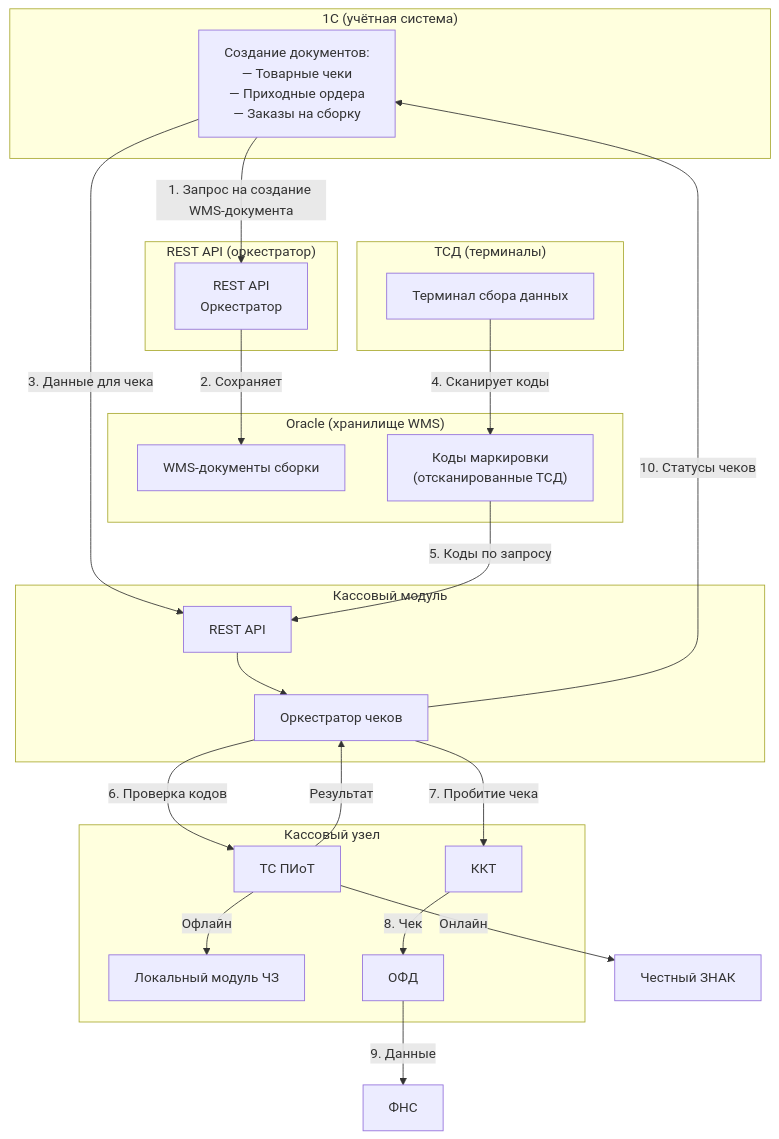
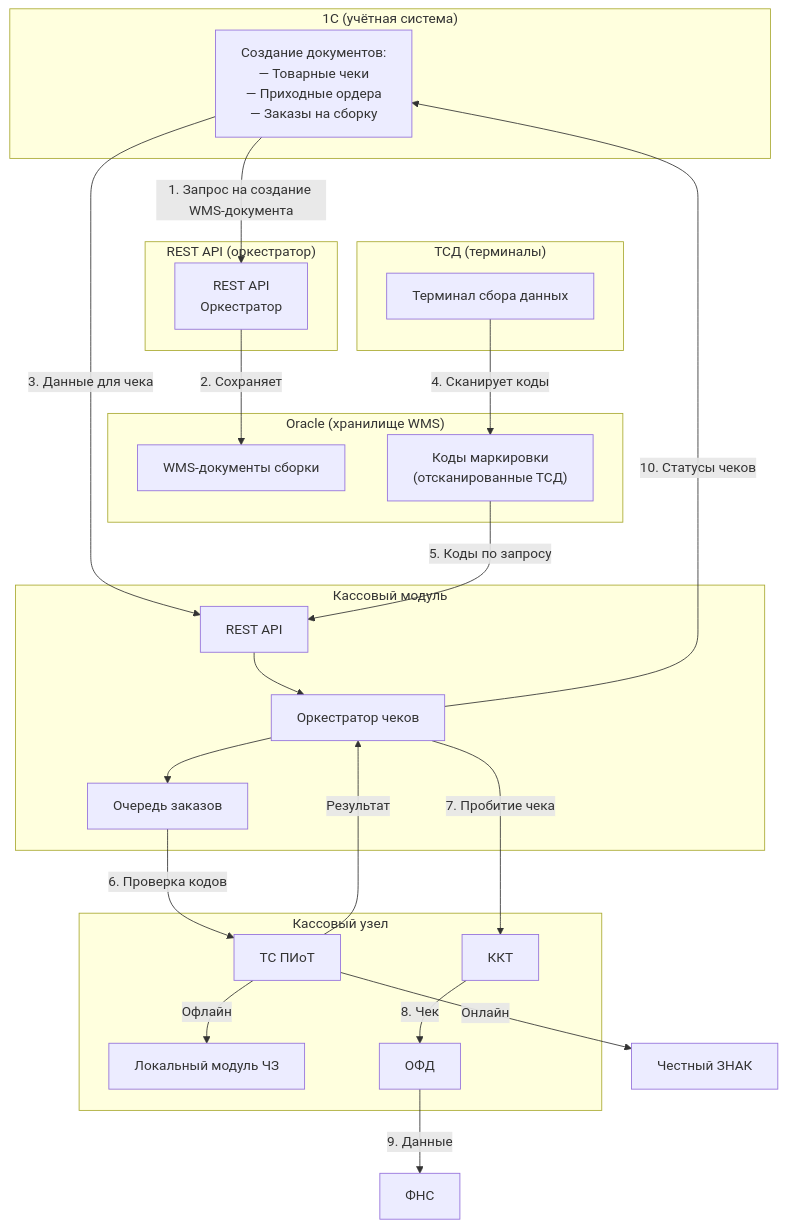
One commit to polushindn-art/oralce-api changed the first of 3 diagrams in src/main/resources/markdown/ТехЗадание/Кассовый_модуль.md. Above: the diagram before and after it, drawn with Mermaid. The commit also changed other lines of this file and 19 other files, not shown here.

````diff
--- a/src/main/resources/markdown/ТехЗадание/Кассовый_модуль.md
+++ b/src/main/resources/markdown/ТехЗадание/Кассовый_модуль.md
@@ -97,46 +105,48 @@
 ```mermaid
 graph TB
     subgraph "1С (учётная система)"
         DOCS["Создание документов:<br/>— Товарные чеки<br/>— Приходные ордера<br/>— Заказы на сборку"]
     end
 
     subgraph "REST API (оркестратор)"
         API_ORCH["REST API<br/>Оркестратор"]
     end
 
     subgraph "Oracle (хранилище WMS)"
         WMS_DOCS["WMS-документы сборки"]
         MARKS["Коды маркировки<br/>(отсканированные ТСД)"]
     end
 
     subgraph "ТСД (терминалы)"
         TSD["Терминал сбора данных"]
     end
 
     subgraph "Кассовый модуль"
         CASH_API["REST API"]
         ORCH["Оркестратор чеков"]
+        QUEUE["Очередь заказов"]
     end
 
     subgraph "Кассовый узел"
         TSPIOT["ТС ПИоТ"]
         LMCHZ["Локальный модуль ЧЗ"]
         KKT["ККТ"]
         OFD["ОФД"]
     end
 
     DOCS -->|1. Запрос на создание WMS-документа| API_ORCH
     API_ORCH -->|2. Сохраняет| WMS_DOCS
     DOCS -->|3. Данные для чека| CASH_API
     TSD -->|4. Сканирует коды| MARKS
     MARKS -->|5. Коды по запросу| CASH_API
     CASH_API --> ORCH
-    ORCH -->|6. Проверка кодов| TSPIOT
+    ORCH --> QUEUE
+    QUEUE -->|6. Проверка кодов| TSPIOT
     TSPIOT -->|Онлайн| MARK[Честный ЗНАК]
     TSPIOT -->|Офлайн| LMCHZ
     TSPIOT -->|Результат| ORCH
     ORCH -->|7. Пробитие чека| KKT
     KKT -->|8. Чек| OFD
     OFD -->|9. Данные| FNS[ФНС]
     ORCH -->|10. Статусы чеков| DOCS
 ```
````
